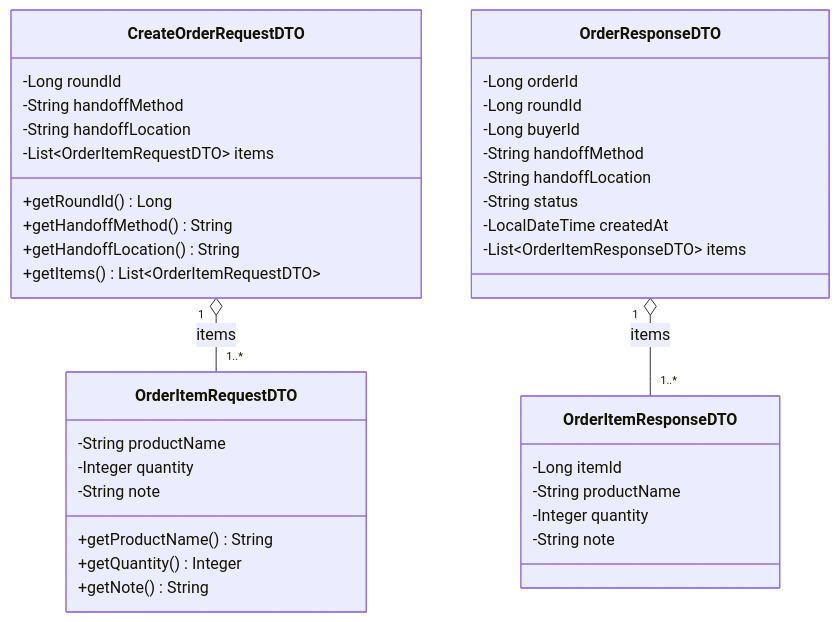
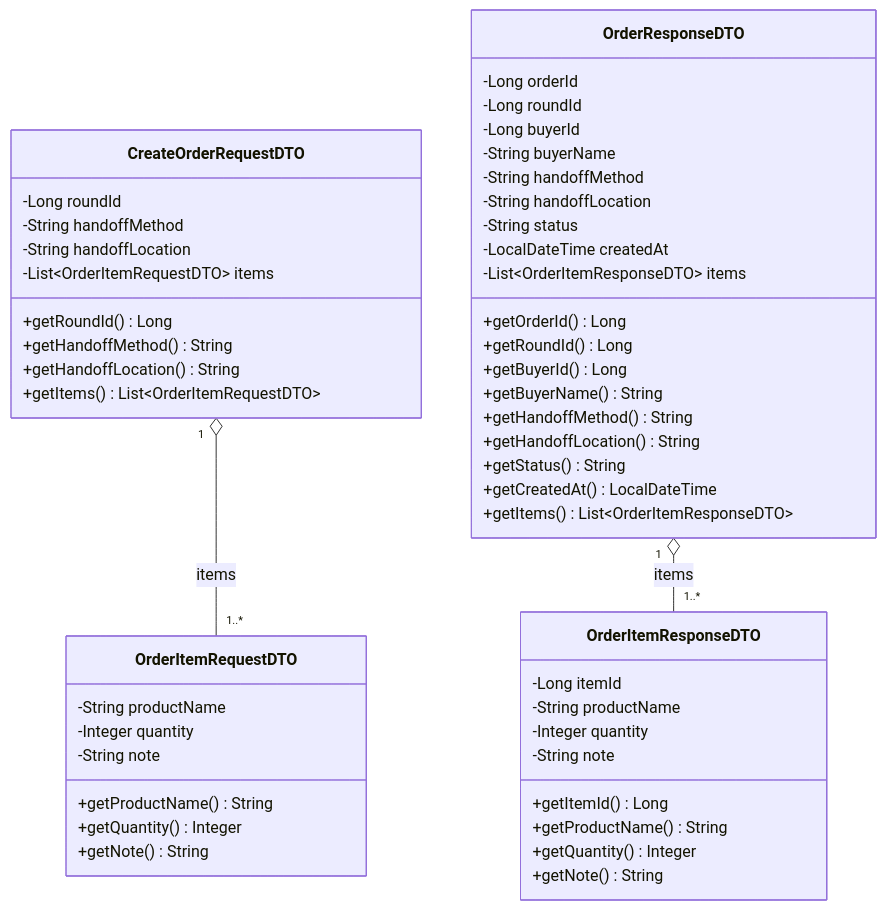
Before and after one commit to BlackyB0o/CS261_650001_group5: the second of 4 diagrams in docs/task-16/README.md, drawn with Mermaid. The commit also changed other lines of this file, not shown here.

````diff
--- a/docs/task-16/README.md
+++ b/docs/task-16/README.md
@@ -171,43 +227,57 @@
 ```mermaid
 classDiagram
     class CreateOrderRequestDTO {
         -Long roundId
         -String handoffMethod
         -String handoffLocation
         -List~OrderItemRequestDTO~ items
         +getRoundId() Long
         +getHandoffMethod() String
         +getHandoffLocation() String
         +getItems() List~OrderItemRequestDTO~
     }
- 
+
     class OrderItemRequestDTO {
         -String productName
         -Integer quantity
         -String note
         +getProductName() String
         +getQuantity() Integer
         +getNote() String
     }
- 
+
     class OrderResponseDTO {
         -Long orderId
         -Long roundId
         -Long buyerId
+        -String buyerName
         -String handoffMethod
         -String handoffLocation
         -String status
         -LocalDateTime createdAt
         -List~OrderItemResponseDTO~ items
+        +getOrderId() Long
+        +getRoundId() Long
+        +getBuyerId() Long
+        +getBuyerName() String
+        +getHandoffMethod() String
+        +getHandoffLocation() String
+        +getStatus() String
+        +getCreatedAt() LocalDateTime
+        +getItems() List~OrderItemResponseDTO~
     }
- 
+
     class OrderItemResponseDTO {
         -Long itemId
         -String productName
         -Integer quantity
         -String note
+        +getItemId() Long
+        +getProductName() String
+        +getQuantity() Integer
+        +getNote() String
     }
- 
+
     CreateOrderRequestDTO "1" o-- "1..*" OrderItemRequestDTO : items
     OrderResponseDTO "1" o-- "1..*" OrderItemResponseDTO : items
 ```
````
